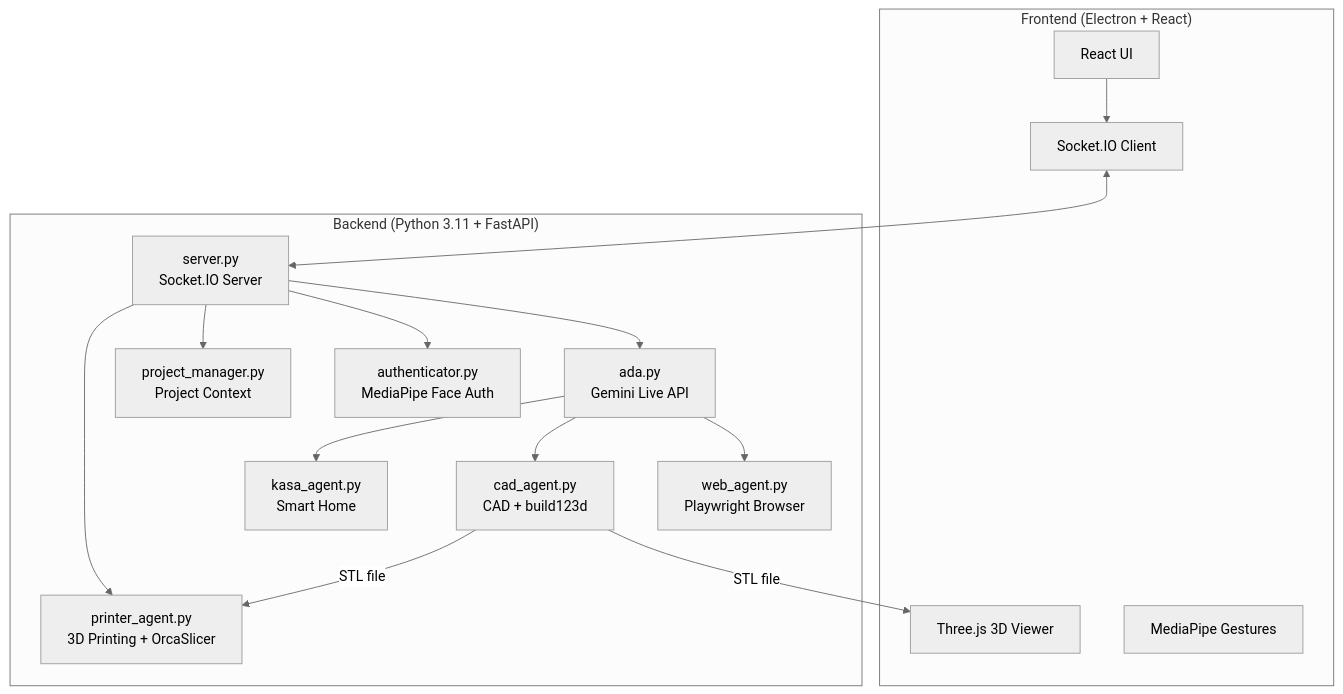
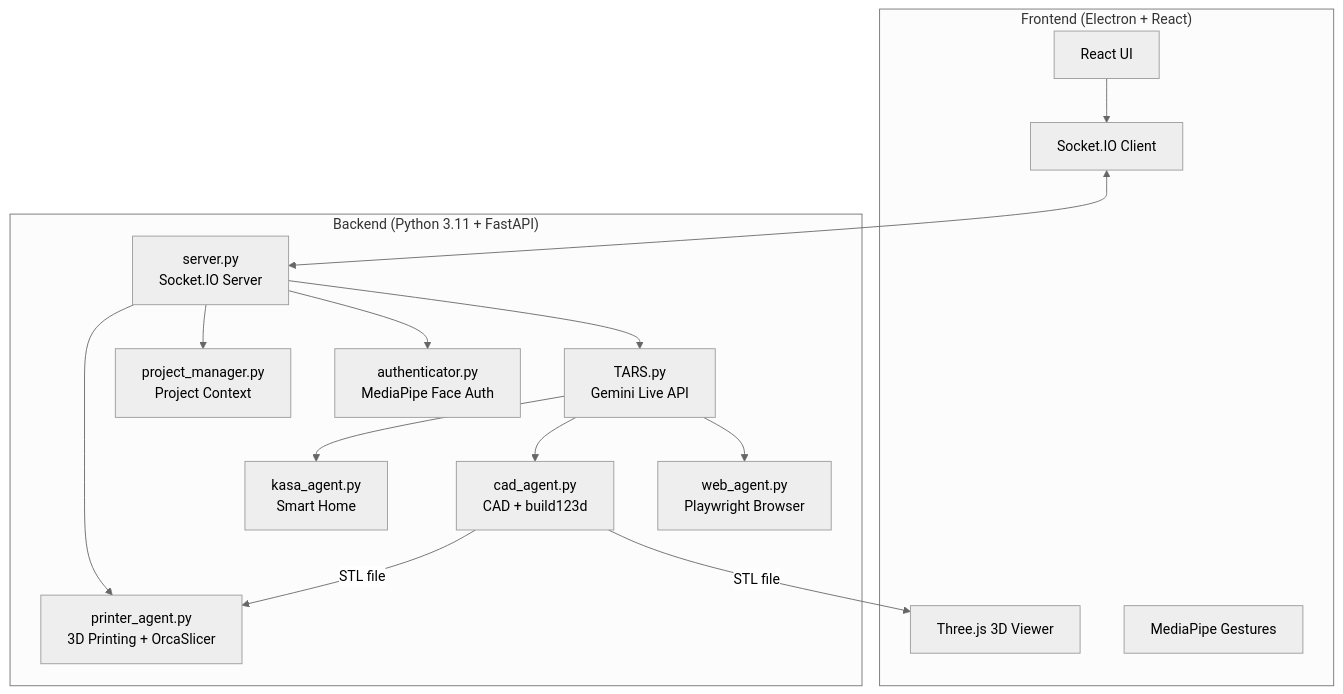
The diagram in README.md (MateDort/emesev4), drawn with Mermaid (neutral theme) before and after one commit. The commit also changed other lines of this file and 26 other files, not shown here.

````diff
--- a/README.md
+++ b/README.md
@@ -44,32 +44,32 @@
 ```mermaid
 graph TB
     subgraph Frontend ["Frontend (Electron + React)"]
         UI[React UI]
         THREE[Three.js 3D Viewer]
         GESTURE[MediaPipe Gestures]
         SOCKET_C[Socket.IO Client]
     end
     
     subgraph Backend ["Backend (Python 3.11 + FastAPI)"]
         SERVER[server.py<br/>Socket.IO Server]
-        ADA[ada.py<br/>Gemini Live API]
+        TARS[TARS.py<br/>Gemini Live API]
         WEB[web_agent.py<br/>Playwright Browser]
         CAD[cad_agent.py<br/>CAD + build123d]
         PRINTER[printer_agent.py<br/>3D Printing + OrcaSlicer]
         KASA[kasa_agent.py<br/>Smart Home]
         AUTH[authenticator.py<br/>MediaPipe Face Auth]
         PM[project_manager.py<br/>Project Context]
     end
     
     UI --> SOCKET_C
     SOCKET_C <--> SERVER
-    SERVER --> ADA
-    ADA --> WEB
-    ADA --> CAD
-    ADA --> KASA
+    SERVER --> TARS
+    TARS --> WEB
+    TARS --> CAD
+    TARS --> KASA
     SERVER --> AUTH
     SERVER --> PM
     SERVER --> PRINTER
     CAD -->|STL file| THREE
     CAD -->|STL file| PRINTER
 ```
````
